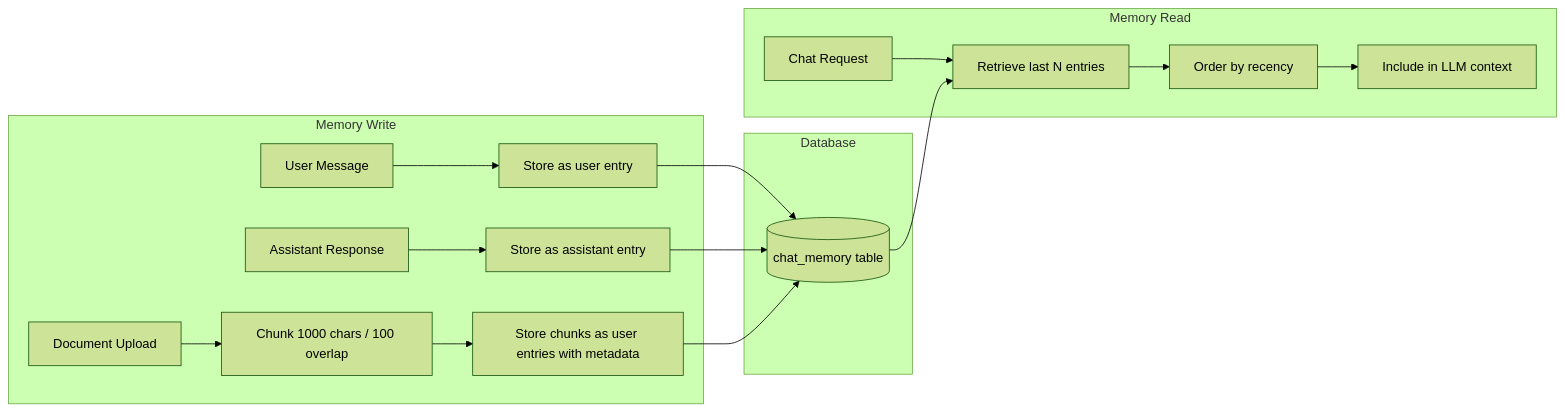
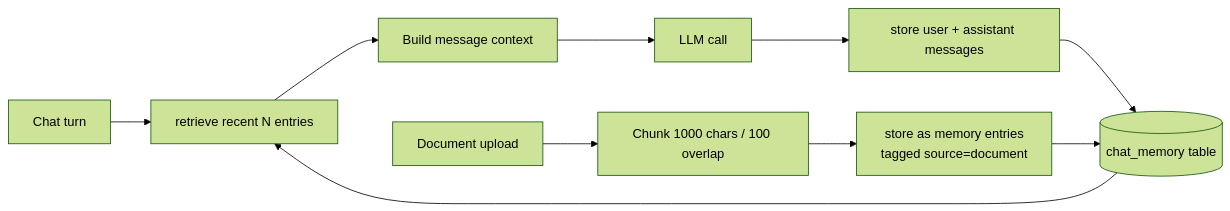
One commit to terra-AI4Good/terra-backend changed the fifth of 9 diagrams in docs/architecture.md. Above: the diagram before and after it, drawn with Mermaid (forest theme). The commit also changed other lines of this file and 7 other files, not shown here.

````diff
--- a/docs/architecture.md
+++ b/docs/architecture.md
@@ -168,24 +194,14 @@
 ```mermaid
 flowchart LR
-    subgraph "Memory Write"
-        A[User Message] --> B[Store as user entry]
-        C[Assistant Response] --> D[Store as assistant entry]
-        E[Document Upload] --> F[Chunk 1000 chars / 100 overlap]
-        F --> G[Store chunks as user entries with metadata]
-    end
+    ChatTurn[Chat turn] --> Retrieve[retrieve recent N entries]
+    Retrieve --> BuildCtx[Build message context]
+    BuildCtx --> LLM[LLM call]
+    LLM --> Store[store user + assistant messages]
 
-    subgraph "Memory Read"
-        H[Chat Request] --> I[Retrieve last N entries]
-        I --> J[Order by recency]
-        J --> K[Include in LLM context]
-    end
+    DocUpload[Document upload] --> Chunk[Chunk 1000 chars / 100 overlap]
+    Chunk --> Store2[store as memory entries\ntagged source=document]
 
-    subgraph "Database"
-        L[(chat_memory table)]
-    end
-
-    B --> L
-    D --> L
-    G --> L
-    L --> I
+    Store --> DB[(chat_memory table)]
+    Store2 --> DB
+    DB --> Retrieve
 ```
````
